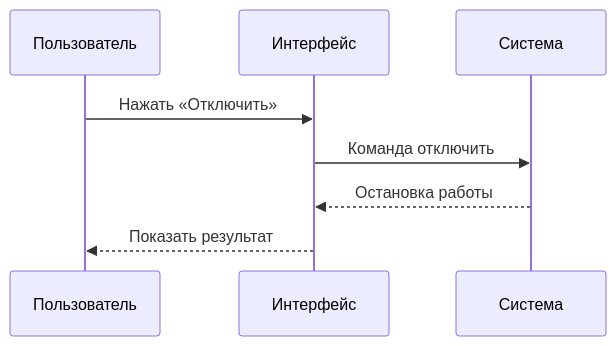
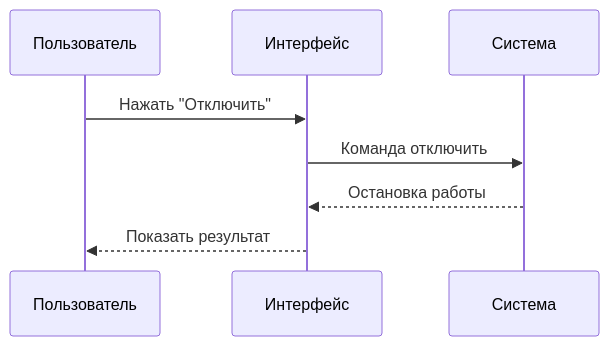
The fourth of 6 diagrams in docs/encyclopedia/1-basics/1-11-soft-ryadovogo-polzovatelya/1.md (Spirzen/it-knowledge-base), drawn with Mermaid before and after one commit. The commit also changed other lines of this file and 2003 other files, not shown here.

````diff
--- a/docs/encyclopedia/1-basics/1-11-soft-ryadovogo-polzovatelya/1.md
+++ b/docs/encyclopedia/1-basics/1-11-soft-ryadovogo-polzovatelya/1.md
@@ -1300,10 +1300,10 @@
 ```mermaid
 sequenceDiagram
     participant User as Пользователь
     participant UI as Интерфейс
     participant System as Система
-    User->>UI: Нажать «Отключить»
+    User->>UI: Нажать "Отключить"
     UI->>System: Команда отключить
     System-->>UI: Остановка работы
     UI-->>User: Показать результат
 ```
````
